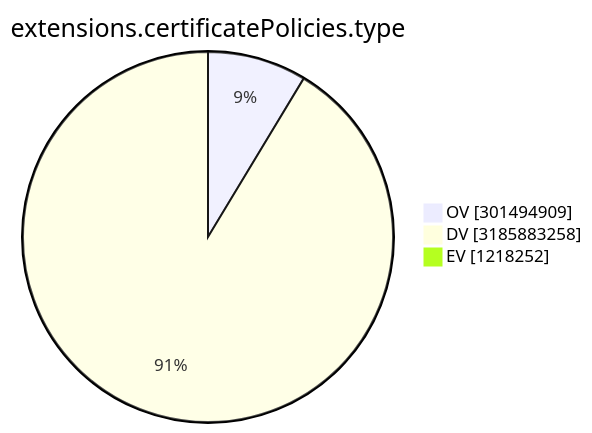
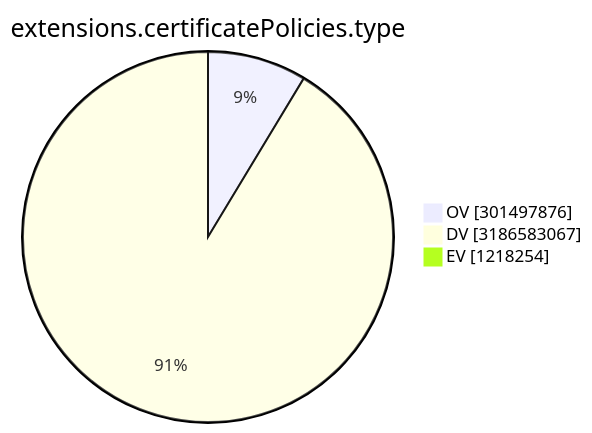
One commit to christiankrug/ctmonitor_visualization changed the ninth of 15 diagrams in TOTAL/README.md. Above: the diagram before and after it, drawn with Mermaid. The commit also changed other lines of this file, not shown here.

````diff
--- a/TOTAL/README.md
+++ b/TOTAL/README.md
@@ -3106,7 +3106,7 @@
 ```mermaid
 pie showData
 title extensions.certificatePolicies.type
-"OV" :301494909
-"DV" :3185883258
-"EV" :1218252
+"OV" :301497876
+"DV" :3186583067
+"EV" :1218254
 ```
````
